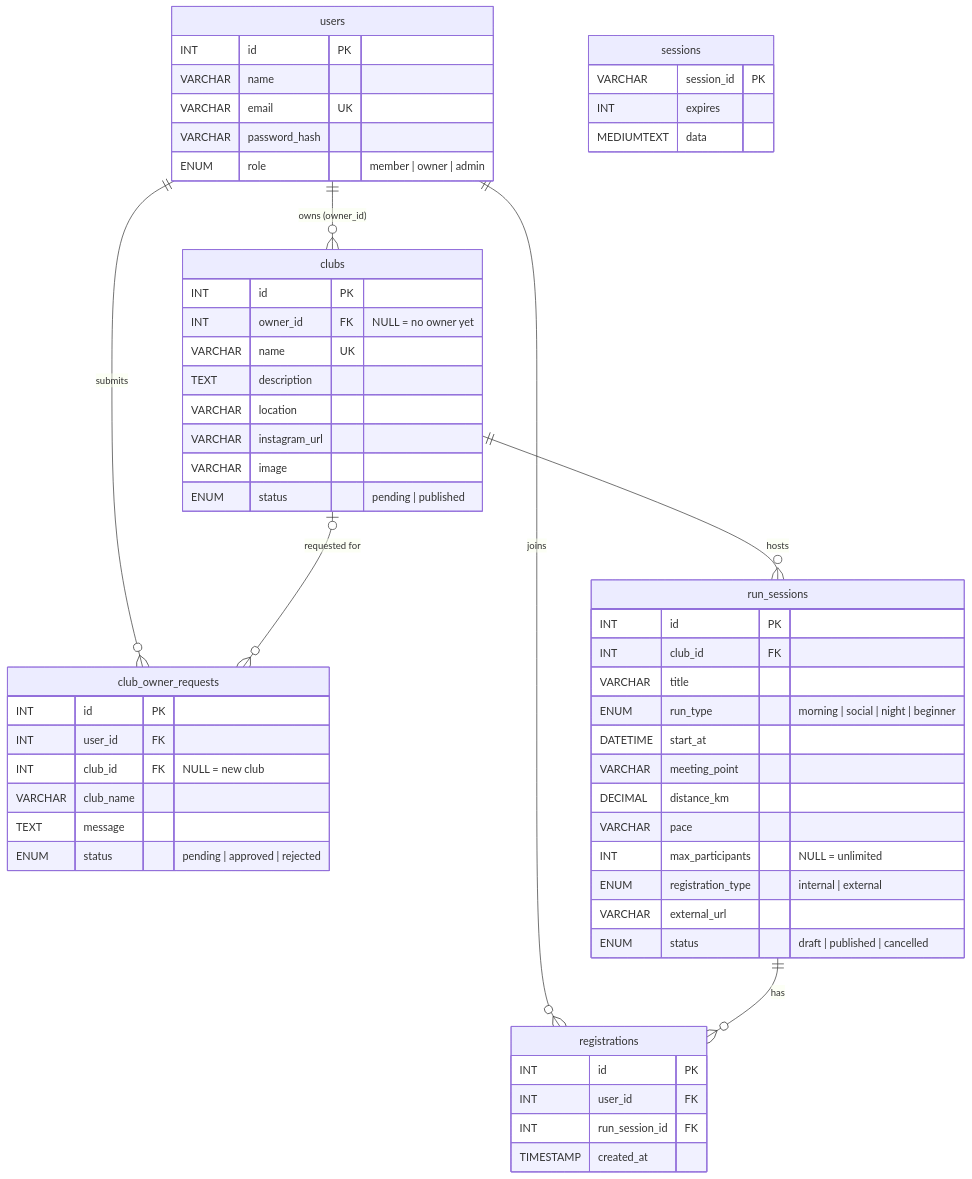
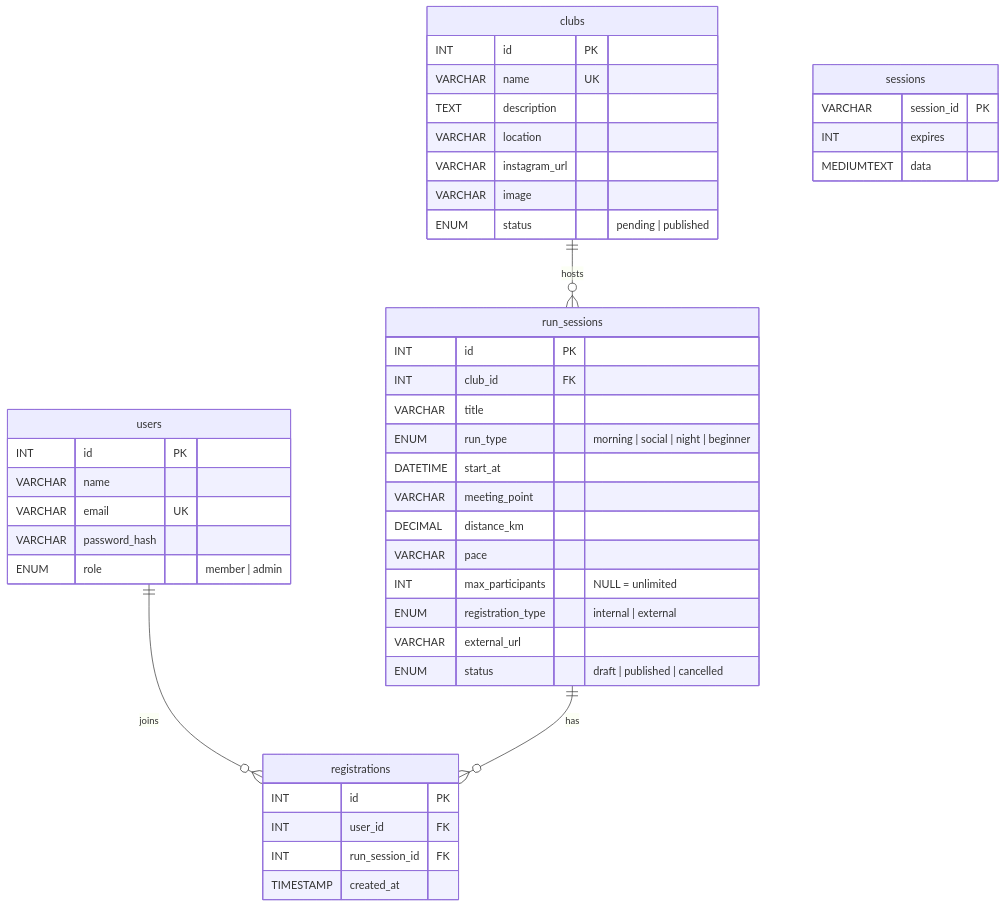
Before and after one commit to pakamonnoey/runclubver2: the diagram in database/README.md, drawn with Mermaid. The commit also changed other lines of this file and 19 other files, not shown here.

First line of the commit message:
Add admin dashboard to manage clubs, events and users (Phase 6)

````diff
--- a/database/README.md
+++ b/database/README.md
@@ -7,60 +7,48 @@
 ```mermaid
 erDiagram
-    users ||--o{ clubs : "owns (owner_id)"
     users ||--o{ registrations : "joins"
-    users ||--o{ club_owner_requests : "submits"
     clubs ||--o{ run_sessions : "hosts"
-    clubs |o--o{ club_owner_requests : "requested for"
     run_sessions ||--o{ registrations : "has"
 
     users {
         INT id PK
         VARCHAR name
         VARCHAR email UK
         VARCHAR password_hash
-        ENUM role "member | owner | admin"
+        ENUM role "member | admin"
     }
     clubs {
         INT id PK
-        INT owner_id FK "NULL = no owner yet"
         VARCHAR name UK
         TEXT description
         VARCHAR location
         VARCHAR instagram_url
         VARCHAR image
         ENUM status "pending | published"
     }
     run_sessions {
         INT id PK
         INT club_id FK
         VARCHAR title
         ENUM run_type "morning | social | night | beginner"
         DATETIME start_at
         VARCHAR meeting_point
         DECIMAL distance_km
         VARCHAR pace
         INT max_participants "NULL = unlimited"
         ENUM registration_type "internal | external"
         VARCHAR external_url
         ENUM status "draft | published | cancelled"
     }
     registrations {
         INT id PK
         INT user_id FK
         INT run_session_id FK
         TIMESTAMP created_at
     }
-    club_owner_requests {
-        INT id PK
-        INT user_id FK
-        INT club_id FK "NULL = new club"
-        VARCHAR club_name
-        TEXT message
-        ENUM status "pending | approved | rejected"
-    }
     sessions {
         VARCHAR session_id PK
         INT expires
         MEDIUMTEXT data
     }
 ```
````
